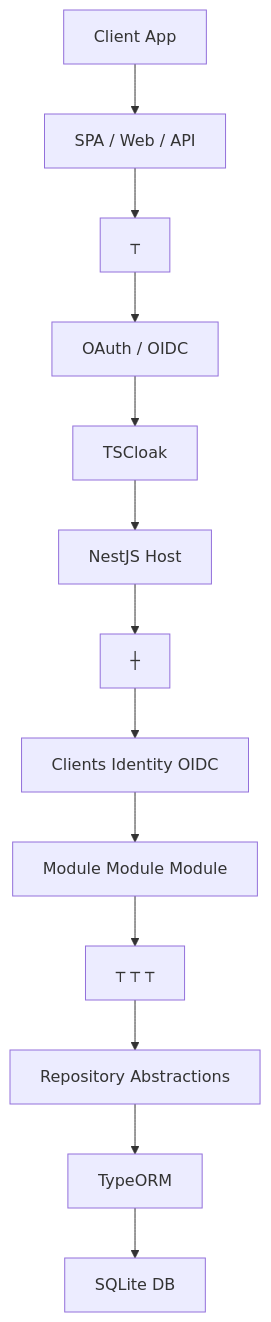
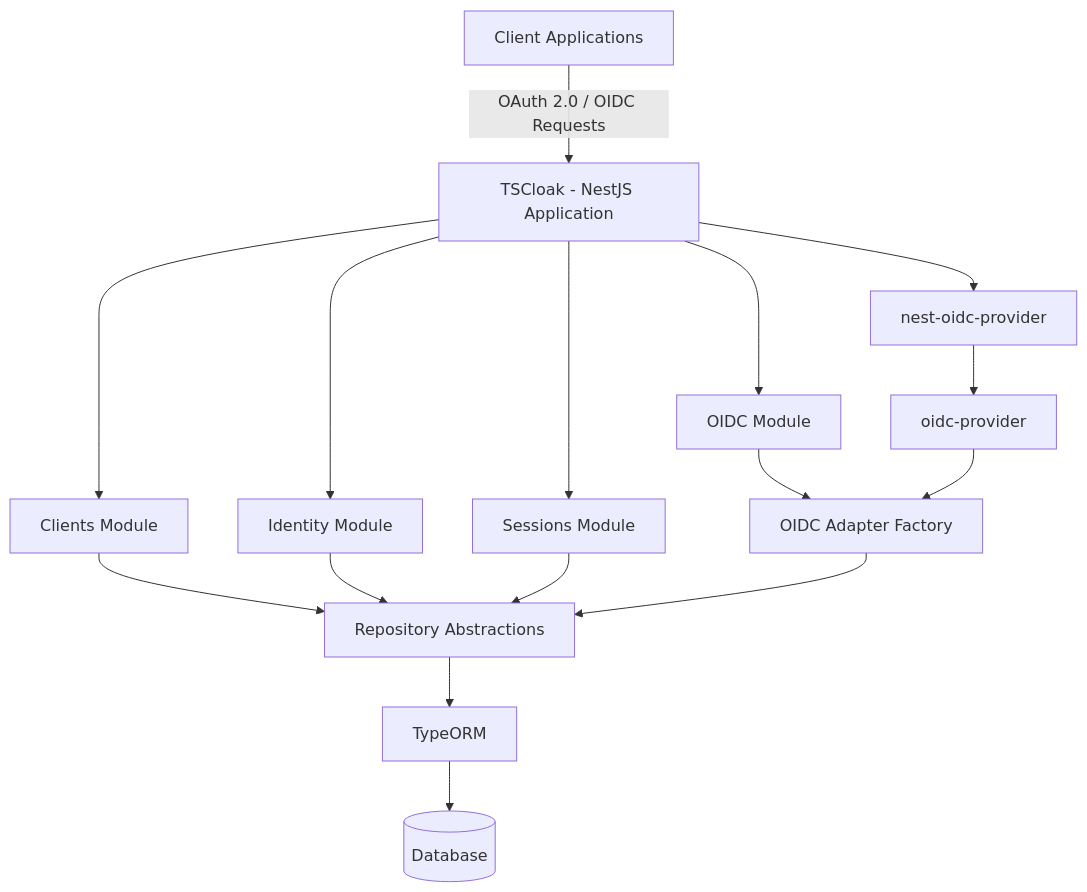
Before and after one commit to TechSivaram/tscloak: the sixth of 18 diagrams in README.md, drawn with Mermaid. The commit also changed other lines of this file, not shown here.

Commit message:
TSCloak → nest-oidc-provider → oidc-provider

````diff
--- a/README.md
+++ b/README.md
@@ -278,16 +281,23 @@
 ```mermaid
 flowchart TD
-    N0["Client App"] --> N1
-    N1["SPA / Web / API"] --> N2
-    N2["┬"] --> N3
-    N3["OAuth / OIDC"] --> N4
-    N4["TSCloak"] --> N5
-    N5["NestJS Host"] --> N6
-    N6["┼"] --> N7
-    N7["Clients                  Identity                   OIDC"] --> N8
-    N8["Module                    Module                   Module"] --> N9
-    N9["┬           ┬          ┬"] --> N10
-    N10["Repository Abstractions"] --> N11
-    N11["TypeORM"] --> N12
-    N12["SQLite DB"]
+    A["Client Applications"] -->|OAuth 2.0 / OIDC Requests| B["TSCloak - NestJS Application"]
+
+    B --> C["nest-oidc-provider"]
+    C --> D["oidc-provider"]
+
+    B --> E["Clients Module"]
+    B --> F["Identity Module"]
+    B --> G["Sessions Module"]
+    B --> H["OIDC Module"]
+
+    H --> I["OIDC Adapter Factory"]
+    D --> I
+
+    E --> J["Repository Abstractions"]
+    F --> J
+    G --> J
+    I --> J
+
+    J --> K["TypeORM"]
+    K --> L[("Database")]
 ```
````
